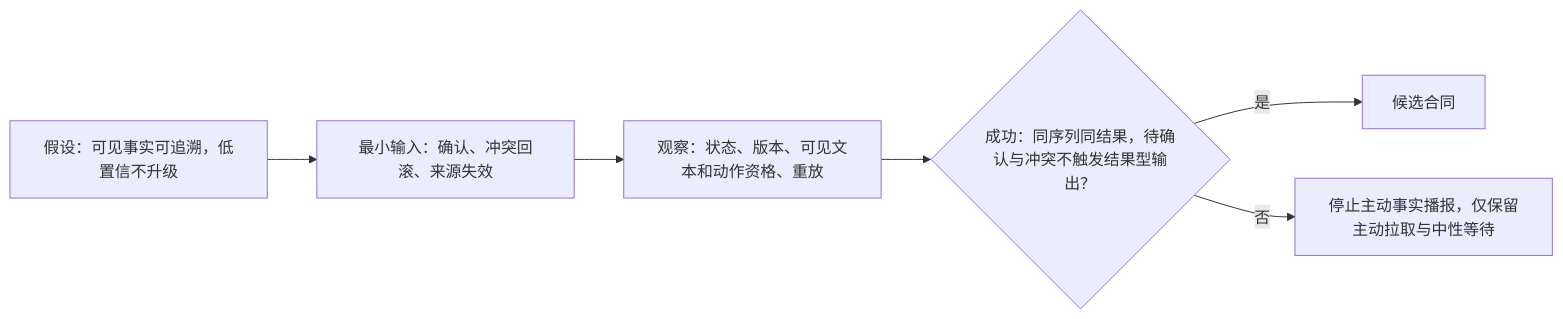
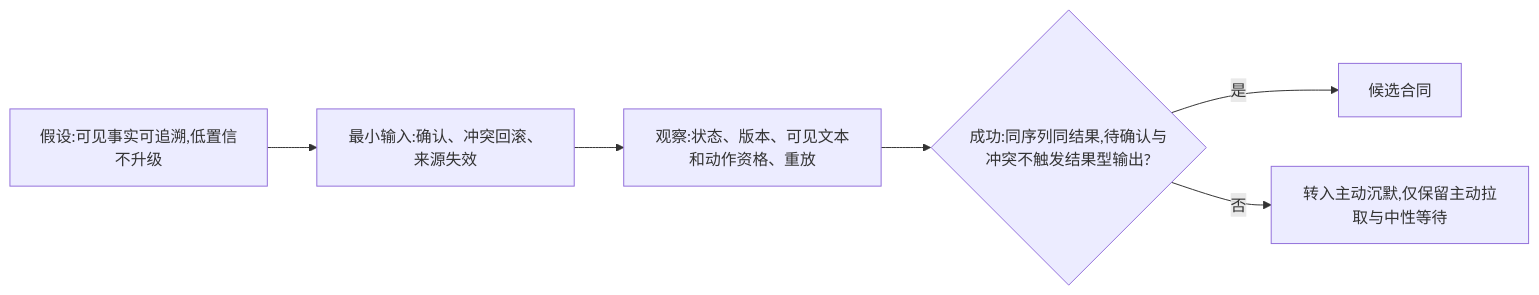
One commit to weiz98417-crypto/qiuqiu changed the fourth of 16 diagrams in docs/球球全套资料/4.产品设计/44-关键技术POC与方案选型.md. Above: the diagram before and after it, drawn with Mermaid. The commit also changed other lines of this file and 49 other files, not shown here.

````diff
--- a/docs/球球全套资料/4.产品设计/44-关键技术POC与方案选型.md
+++ b/docs/球球全套资料/4.产品设计/44-关键技术POC与方案选型.md
@@ -76,8 +77,8 @@
 ```mermaid
 flowchart LR
-    H[假设：可见事实可追溯，低置信不升级] --> I[最小输入：确认、冲突回滚、来源失效]
-    I --> O[观察：状态、版本、可见文本和动作资格、重放]
-    O --> S{成功：同序列同结果，待确认与冲突不触发结果型输出？}
+    H[假设:可见事实可追溯,低置信不升级] --> I[最小输入:确认、冲突回滚、来源失效]
+    I --> O[观察:状态、版本、可见文本和动作资格、重放]
+    O --> S{成功:同序列同结果,待确认与冲突不触发结果型输出?}
     S -->|是| P[候选合同]
-    S -->|否| X[停止主动事实播报，仅保留主动拉取与中性等待]
+    S -->|否| X[转入主动沉默,仅保留主动拉取与中性等待]
 ```
````
